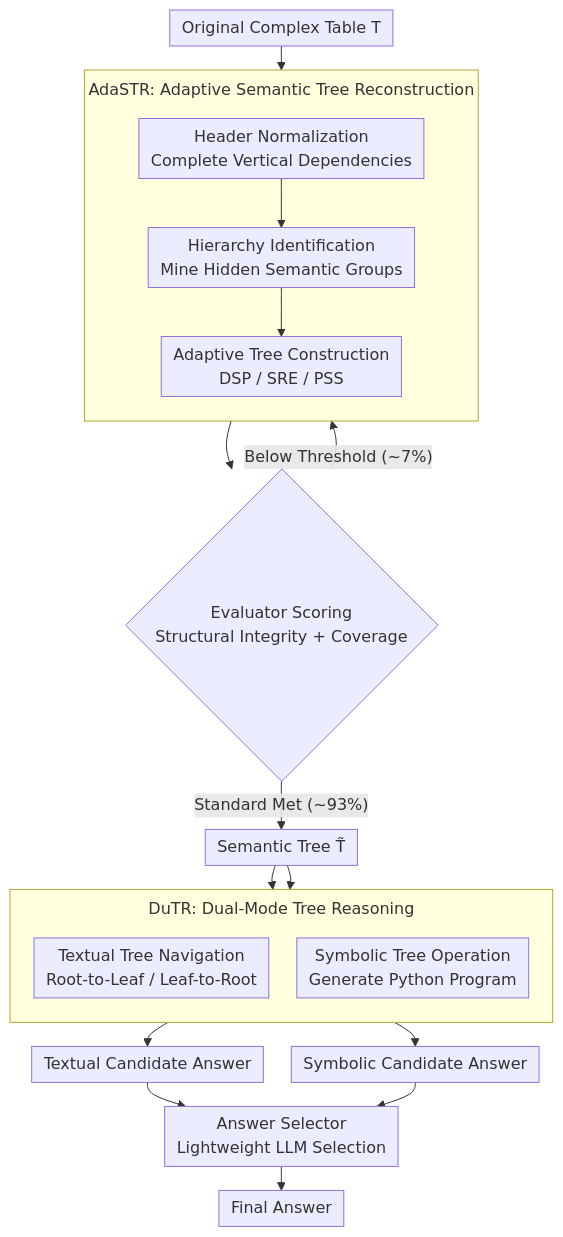
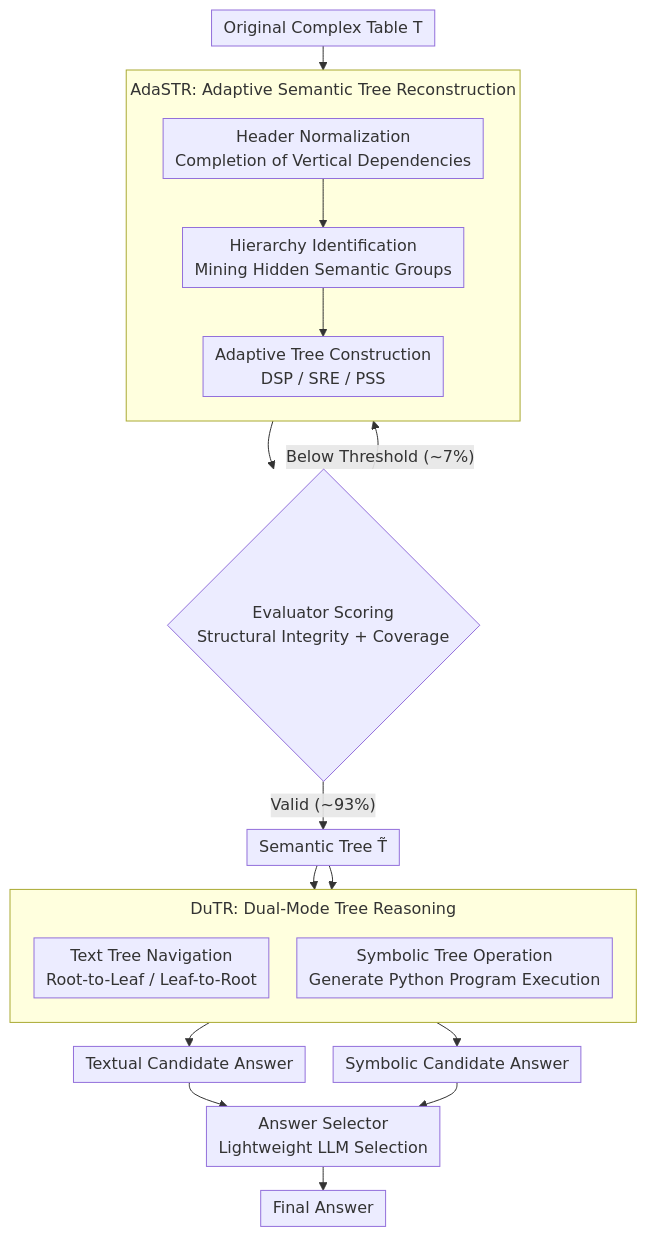
One commit to zhaoyang97/Paper-Notes-en changed the diagram in docs/ACL2026/nlp_understanding/astra_adaptive_semantic_tree_reasoning_architecture_for_complex_table_question_a.md. Above: the diagram before and after it, drawn with Mermaid. The commit also changed other lines of this file and 5084 other files, not shown here.

````diff
--- a/docs/ACL2026/nlp_understanding/astra_adaptive_semantic_tree_reasoning_architecture_for_complex_table_question_a.md
+++ b/docs/ACL2026/nlp_understanding/astra_adaptive_semantic_tree_reasoning_architecture_for_complex_table_question_a.md
@@ -43,25 +41,25 @@
 ```mermaid
 %%{init: {'flowchart': {'rankSpacing': 24, 'nodeSpacing': 28, 'padding': 6, 'wrappingWidth': 400, 'subGraphTitleMargin': {'top': 8, 'bottom': 16}}}}%%
 flowchart TD
     A["Original Complex Table T"] --> B
     subgraph S1["AdaSTR: Adaptive Semantic Tree Reconstruction"]
         direction TB
-        B["Header Normalization<br/>Complete Vertical Dependencies"] --> C["Hierarchy Identification<br/>Mine Hidden Semantic Groups"]
+        B["Header Normalization<br/>Completion of Vertical Dependencies"] --> C["Hierarchy Identification<br/>Mining Hidden Semantic Groups"]
         C --> D["Adaptive Tree Construction<br/>DSP / SRE / PSS"]
     end
     D --> E{"Evaluator Scoring<br/>Structural Integrity + Coverage"}
     E -->|"Below Threshold (~7%)"| D
-    E -->|"Standard Met (~93%)"| F["Semantic Tree T̃"]
+    E -->|"Valid (~93%)"| F["Semantic Tree T̃"]
     subgraph S2["DuTR: Dual-Mode Tree Reasoning"]
         direction TB
-        G["Textual Tree Navigation<br/>Root-to-Leaf / Leaf-to-Root"]
-        H["Symbolic Tree Operation<br/>Generate Python Program"]
+        G["Text Tree Navigation<br/>Root-to-Leaf / Leaf-to-Root"]
+        H["Symbolic Tree Operation<br/>Generate Python Program Execution"]
     end
     F --> G
     F --> H
     G --> I["Textual Candidate Answer"]
     H --> J["Symbolic Candidate Answer"]
     I --> K["Answer Selector<br/>Lightweight LLM Selection"]
     J --> K
     K --> L["Final Answer"]
 ```
````
